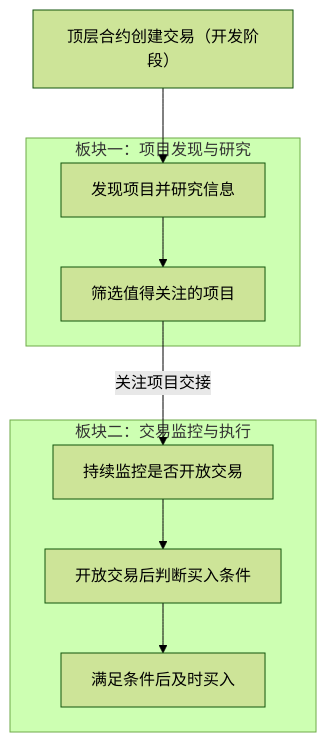
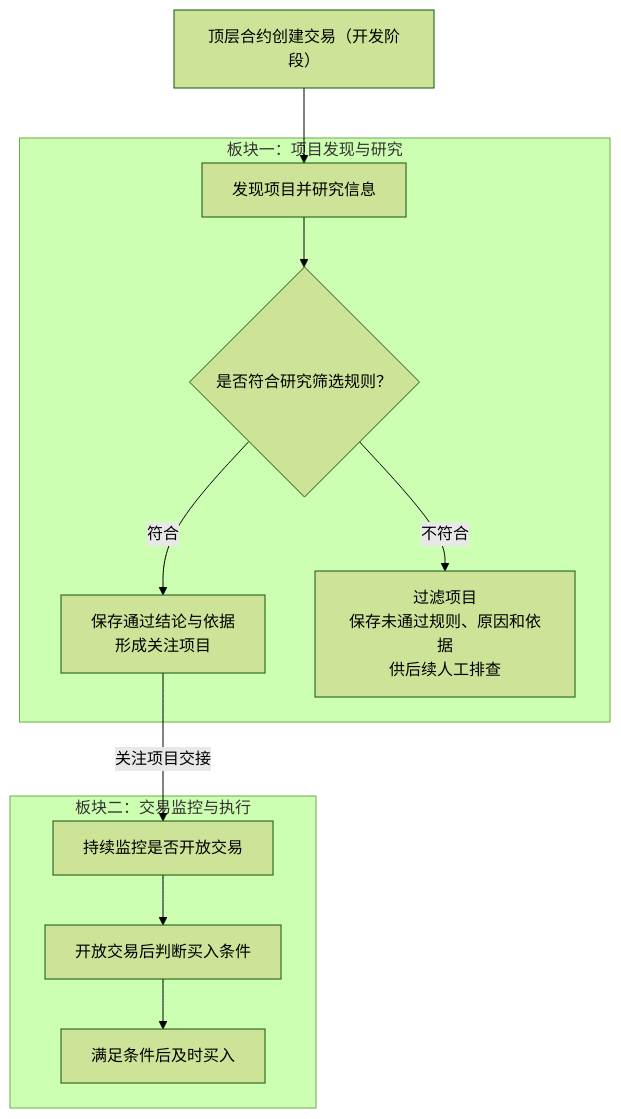
The first of 2 diagrams in docs/project/token.md (useryege/athena-o), drawn with Mermaid (forest theme) before and after one commit. The commit also changed other lines of this file and 1 other file, not shown here.

````diff
--- a/docs/project/token.md
+++ b/docs/project/token.md
@@ -37,17 +37,21 @@
 ```mermaid
 flowchart TD
     deployed["顶层合约创建交易（开发阶段）"]
     subgraph research["板块一：项目发现与研究"]
         investigate["发现项目并研究信息"]
-        select["筛选值得关注的项目"]
+        select{"是否符合研究筛选规则？"}
+        selected["保存通过结论与依据<br/>形成关注项目"]
+        filtered["过滤项目<br/>保存未通过规则、原因和依据<br/>供后续人工排查"]
         investigate --> select
+        select -->|"符合"| selected
+        select -->|"不符合"| filtered
     end
     subgraph execution["板块二：交易监控与执行"]
         monitor["持续监控是否开放交易"]
         conditions["开放交易后判断买入条件"]
         buy["满足条件后及时买入"]
         monitor --> conditions --> buy
     end
     deployed --> investigate
-    select -->|"关注项目交接"| monitor
+    selected -->|"关注项目交接"| monitor
 ```
````
